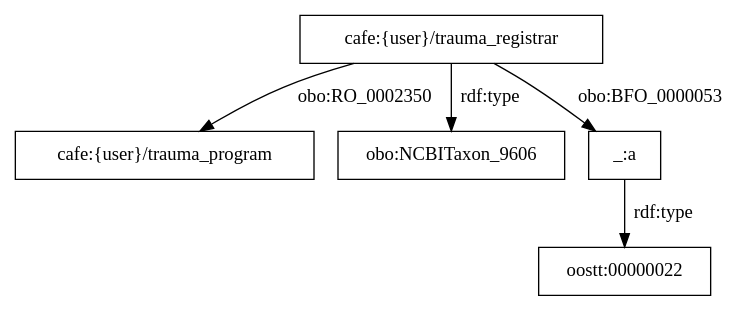
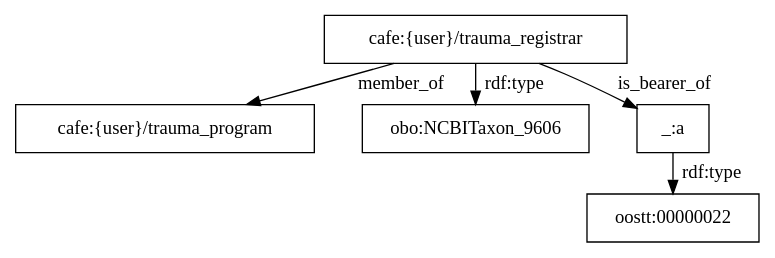
One commit to utecht/dideo-server changed the diagram in cafe/graphs/33.dot. Above: the diagram before and after it, drawn with Graphviz. The commit also changed 19 other files, not shown here.

Commit message:
changed graph format, added more statements

```diff
--- a/cafe/graphs/33.dot
+++ b/cafe/graphs/33.dot
@@ -1,6 +1,7 @@
 digraph g { node [shape=rectangle];
-"cafe:{user}/trauma_registrar" -> "cafe:{user}/trauma_program" [label="obo:RO_0002350"]
+graph [splines=true, nodesep=.5, ranksep=0, overlap=false];
+"cafe:{user}/trauma_registrar" -> "cafe:{user}/trauma_program" [label="member_of"]
 "cafe:{user}/trauma_registrar" -> "obo:NCBITaxon_9606" [label="rdf:type"]
-"cafe:{user}/trauma_registrar" -> "_:a" [label="obo:BFO_0000053"]
+"cafe:{user}/trauma_registrar" -> "_:a" [label="is_bearer_of"]
 "_:a" -> "oostt:00000022" [label="rdf:type"]
 }
```
